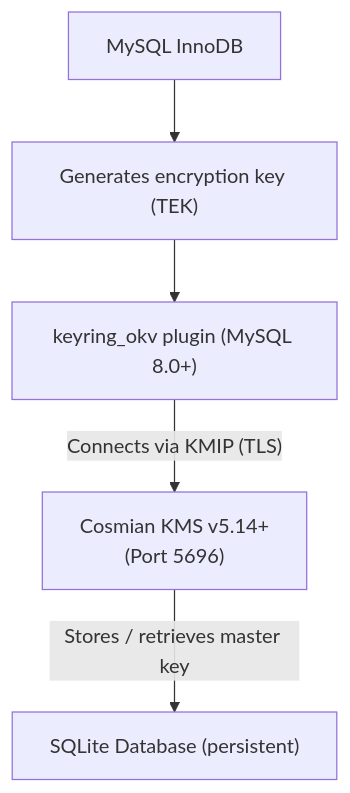
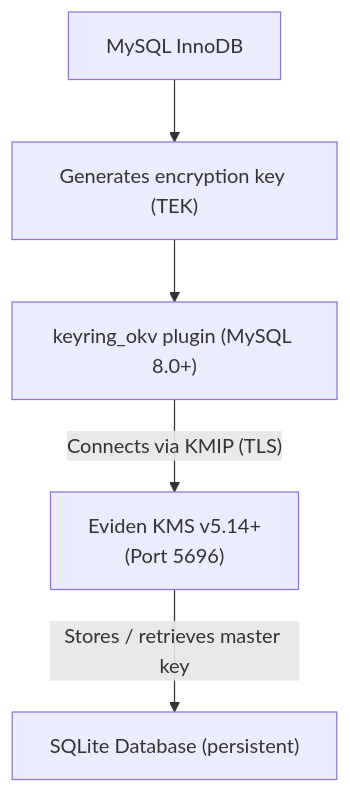
Before and after one commit to Cosmian/kms: the second of 2 diagrams in documentation/docs/integrations/databases/mysql.md, drawn with Mermaid. The commit also changed other lines of this file and 79 other files, not shown here.

````diff
--- a/documentation/docs/integrations/databases/mysql.md
+++ b/documentation/docs/integrations/databases/mysql.md
@@ -53,12 +53,12 @@
 ```mermaid
 flowchart TB
     innodb["MySQL InnoDB"]
     tek["Generates encryption key (TEK)"]
     okv["keyring_okv plugin (MySQL 8.0+)"]
-    kms["Cosmian KMS v5.14+<br/>(Port 5696)"]
+    kms["Eviden KMS v5.14+<br/>(Port 5696)"]
     db["SQLite Database (persistent)"]
     innodb --> tek
     tek --> okv
     okv -->|"Connects via KMIP (TLS)"| kms
     kms -->|"Stores / retrieves master key"| db
 ```
````
